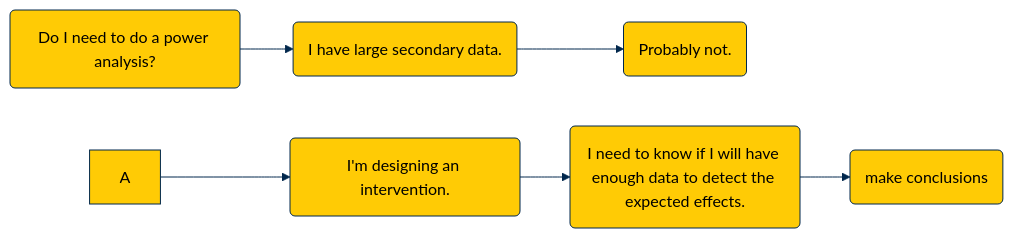
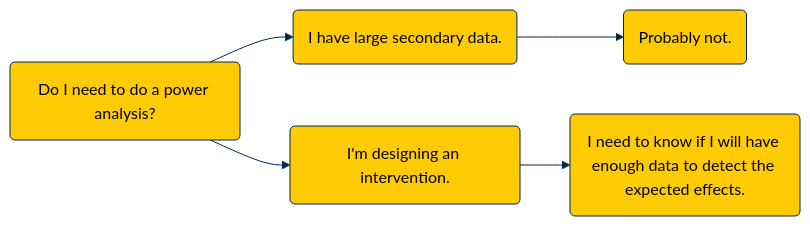
The diagram in power-analysis/README.md (agrogan1/teaching), drawn with Mermaid before and after one commit.

````diff
--- a/power-analysis/README.md
+++ b/power-analysis/README.md
@@ -3,24 +3,23 @@
 ```mermaid
 %%{
   init: {
     'theme': 'base',
     'themeVariables': {
       'primaryColor': '#FFCB05',
       'primaryTextColor': '#000000',
       'primaryBorderColor': '#00274C',
       'lineColor': '#00274C',
       'secondaryColor': '#00274C',
       'secondaryTextColor': '#000000',
       'tertiaryColor': '#F2F2F2',
       'tertiaryBorderColor': '#00274C'
     }
   }
 }%%
 
 flowchart LR
-  question(Do I need to do a power analysis?) --> SD(I have large secondary data.)
-  SD --> C(Probably not.) 
-  A --> D(I'm designing an intervention.)
-  D --> E(I need to know if I will have enough data to detect the expected effects.)
-  E --> F(make conclusions)
+  question(Do I need to do a power analysis?) --> secondary(I have large secondary data.)
+  secondary --> probablynot(Probably not.) 
+  question --> intervention(I'm designing an intervention.)
+  intervention --> enoughdata(I need to know if I will have enough data to detect the expected effects.)
 ```
````
